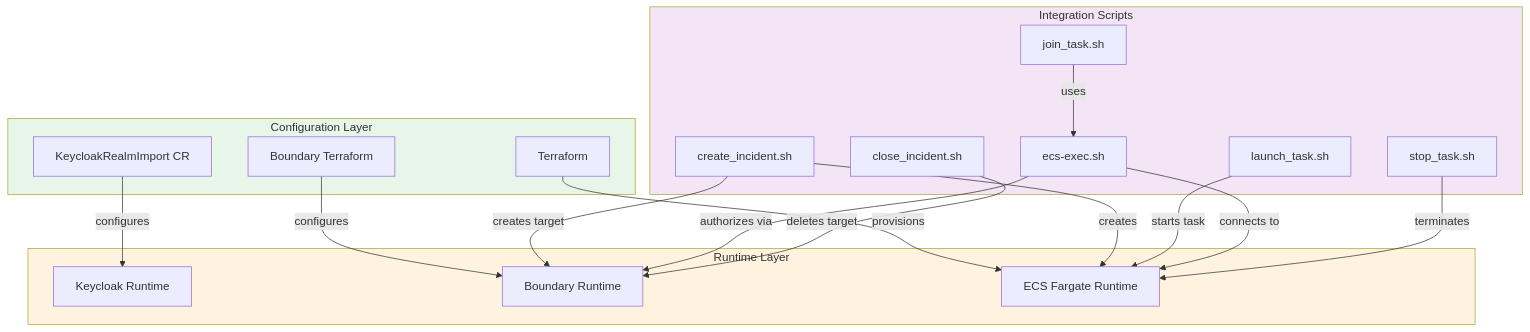
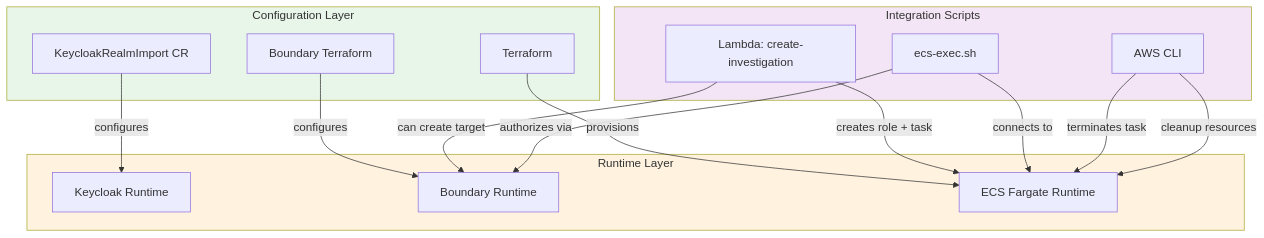
Before and after one commit to openshift-online/rosa-boundary: the sixth of 6 diagrams in docs/architecture/overview.md, drawn with Mermaid. The commit also changed 15 other files, not shown here.

````diff
--- a/docs/architecture/overview.md
+++ b/docs/architecture/overview.md
@@ -296,40 +296,35 @@
 ```mermaid
 graph TB
     subgraph config["Configuration Layer"]
         TF[Terraform]
         KC_CR[KeycloakRealmImport CR]
         BD_TF[Boundary Terraform]
     end
 
     subgraph runtime["Runtime Layer"]
         KC_RT[Keycloak Runtime]
         BD_RT[Boundary Runtime]
         ECS_RT[ECS Fargate Runtime]
     end
 
     subgraph scripts["Integration Scripts"]
-        CREATE[create_incident.sh]
-        LAUNCH[launch_task.sh]
-        JOIN[join_task.sh]
+        LAMBDA[Lambda: create-investigation]
         EXEC[ecs-exec.sh]
-        STOP[stop_task.sh]
-        CLOSE[close_incident.sh]
+        CLI[AWS CLI]
     end
 
     TF -->|provisions| ECS_RT
     KC_CR -->|configures| KC_RT
     BD_TF -->|configures| BD_RT
 
-    CREATE -->|creates| ECS_RT
-    CREATE -->|creates target| BD_RT
-    LAUNCH -->|starts task| ECS_RT
-    JOIN -->|uses| EXEC
+    LAMBDA -->|creates role + task| ECS_RT
+    LAMBDA -->|can create target| BD_RT
     EXEC -->|authorizes via| BD_RT
     EXEC -->|connects to| ECS_RT
-    STOP -->|terminates| ECS_RT
-    CLOSE -->|deletes target| BD_RT
+    CLI -->|terminates task| ECS_RT
+    CLI -->|cleanup resources| ECS_RT
 
     style config fill:#e8f5e9
     style runtime fill:#fff3e0
     style scripts fill:#f3e5f5
 ```
````
